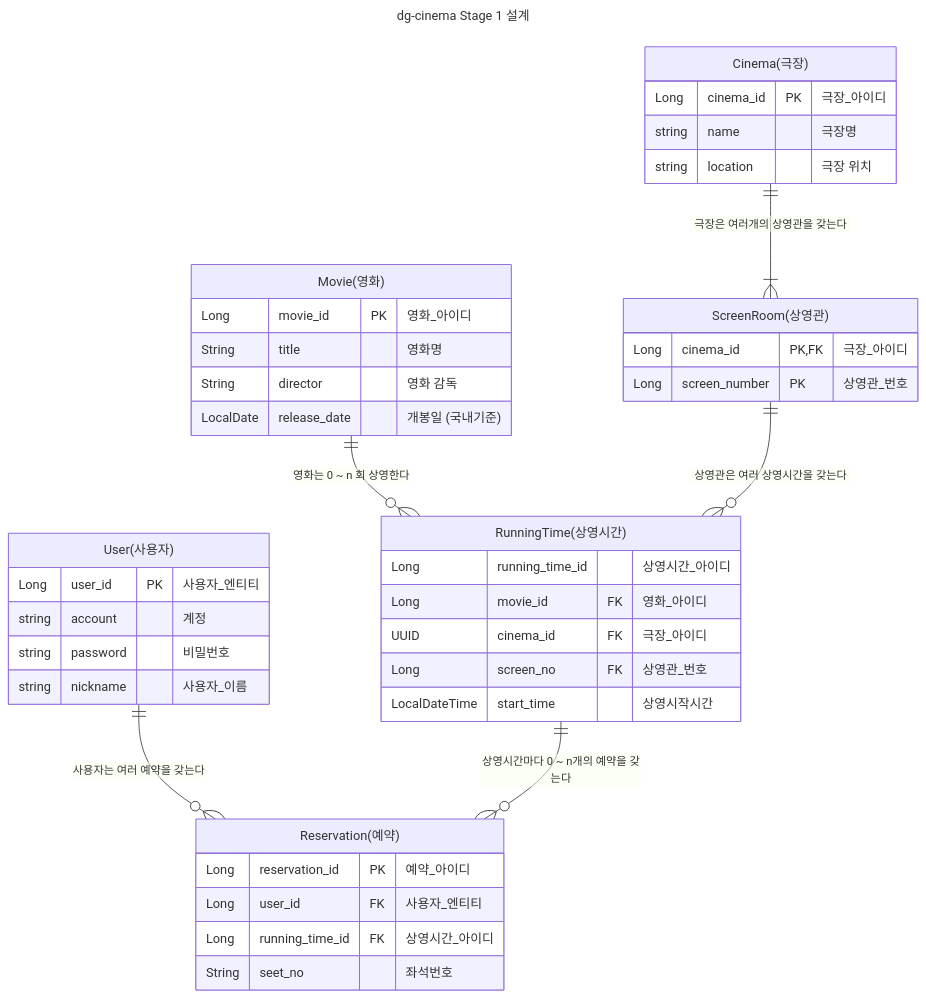
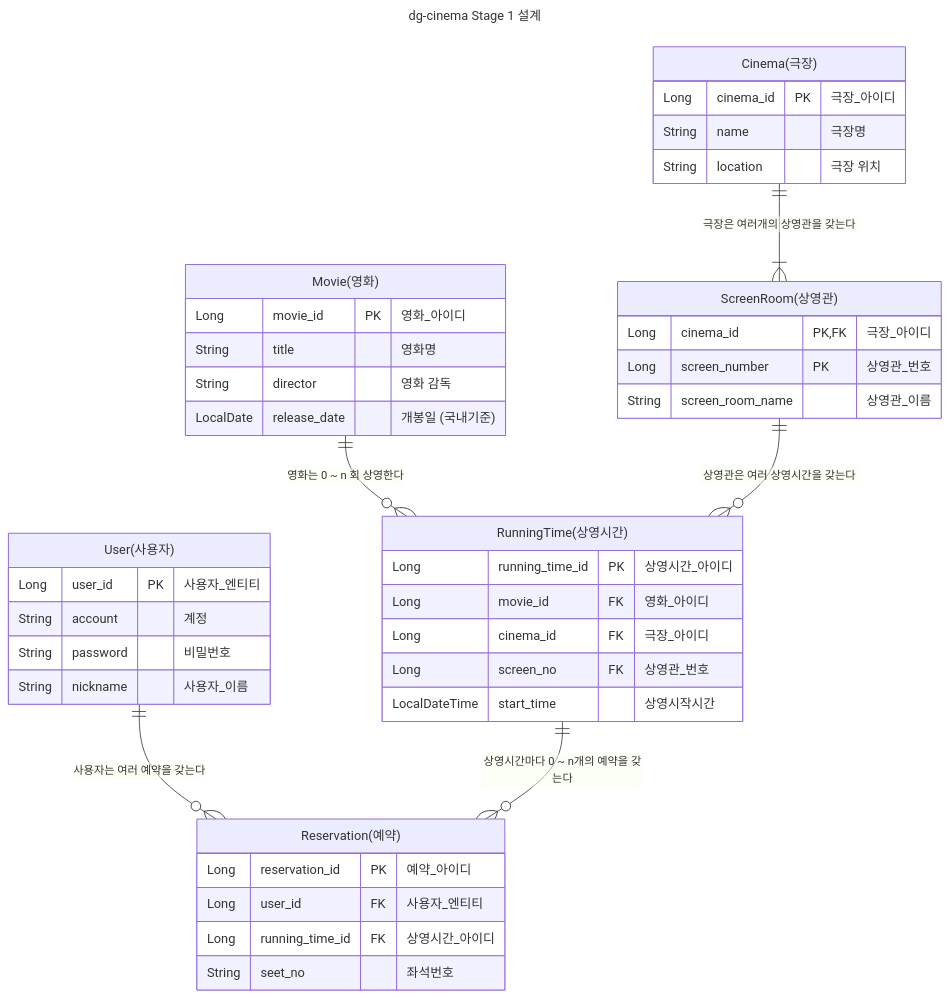
Before and after one commit to leesj8116/dg-cinema-backend: the diagram in document/ENTITY.md, drawn with Mermaid.

Commit message:
📝 ENTITY 설계 문서 오기입 수정

````diff
--- a/document/ENTITY.md
+++ b/document/ENTITY.md
@@ -5,50 +5,51 @@
 ```mermaid
 ---
 title: dg-cinema Stage 1 설계
 ---
 erDiagram
     "User(사용자)" {
         Long user_id PK "사용자_엔티티"
-        string account "계정"
-        string password "비밀번호"
-        string nickname "사용자_이름"
+        String account "계정"
+        String password "비밀번호"
+        String nickname "사용자_이름"
     }
     "Movie(영화)" {
         Long movie_id PK "영화_아이디"
         String title "영화명"
         String director "영화 감독"
         LocalDate release_date "개봉일 (국내기준)"
     }
     "Cinema(극장)" {
         Long cinema_id PK "극장_아이디"
-        string name "극장명"
-        string location "극장 위치"
+        String name "극장명"
+        String location "극장 위치"
     }
 
     "ScreenRoom(상영관)" {
         Long cinema_id PK, FK "극장_아이디"
         Long screen_number PK "상영관_번호"
+        String screen_room_name "상영관_이름"
     }
 
     "Reservation(예약)" {
         Long reservation_id PK "예약_아이디"
         Long user_id FK "사용자_엔티티"
         Long running_time_id FK "상영시간_아이디"
         String seet_no "좌석번호"
     }
 
     "RunningTime(상영시간)" {
-        Long running_time_id "상영시간_아이디"
+        Long running_time_id PK "상영시간_아이디"
         Long movie_id FK "영화_아이디"
-        UUID cinema_id FK "극장_아이디"
+        Long cinema_id FK "극장_아이디"
         Long screen_no FK "상영관_번호"
         LocalDateTime start_time "상영시작시간"
     }
 
     "Movie(영화)" ||--o{ "RunningTime(상영시간)": "영화는 0 ~ n 회 상영한다"
     "ScreenRoom(상영관)" ||--o{ "RunningTime(상영시간)": "상영관은 여러 상영시간을 갖는다"
     "Cinema(극장)" ||--|{ "ScreenRoom(상영관)": "극장은 여러개의 상영관을 갖는다"
     "User(사용자)" ||--o{ "Reservation(예약)": "사용자는 여러 예약을 갖는다"
     "RunningTime(상영시간)" ||--o{ "Reservation(예약)": "상영시간마다 0 ~ n개의 예약을 갖는다"
 
 ```
````
